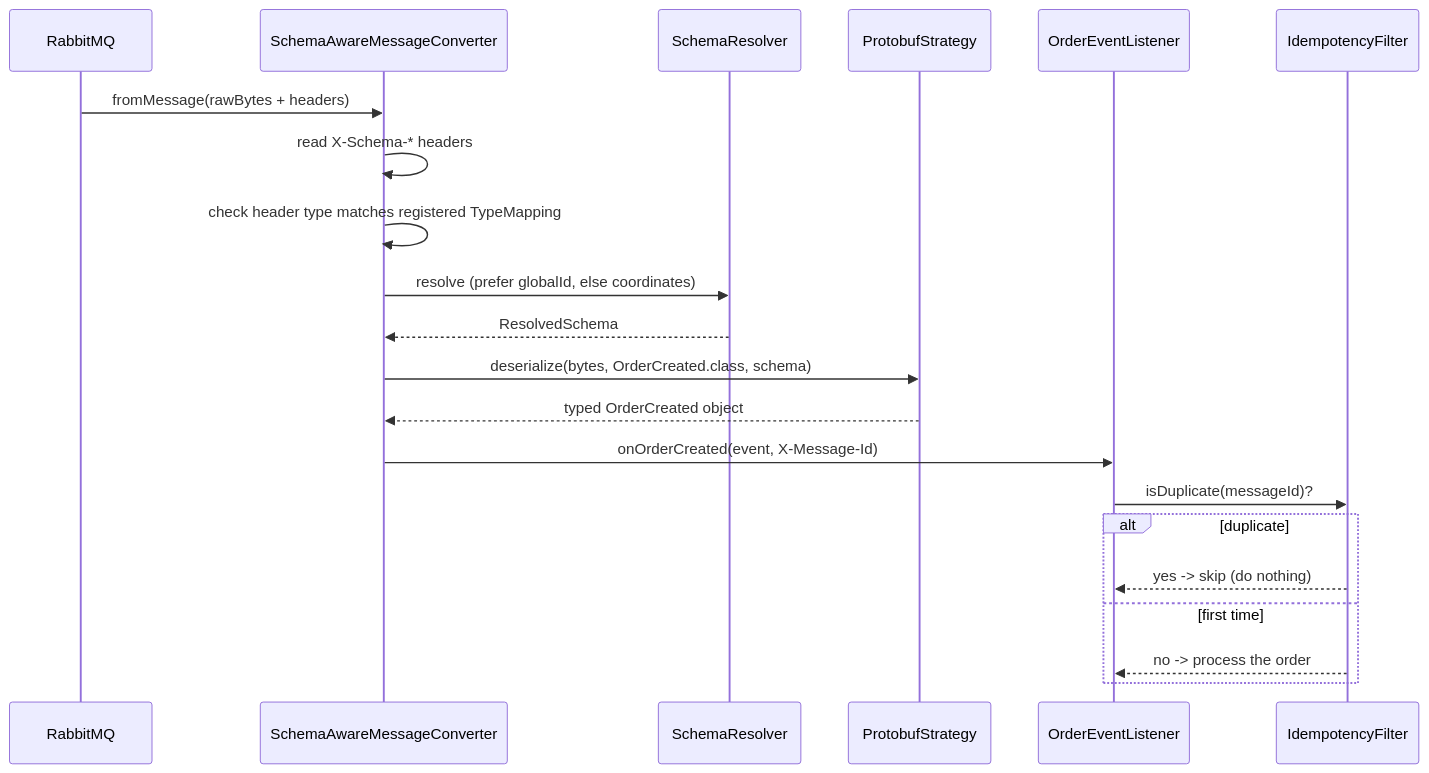
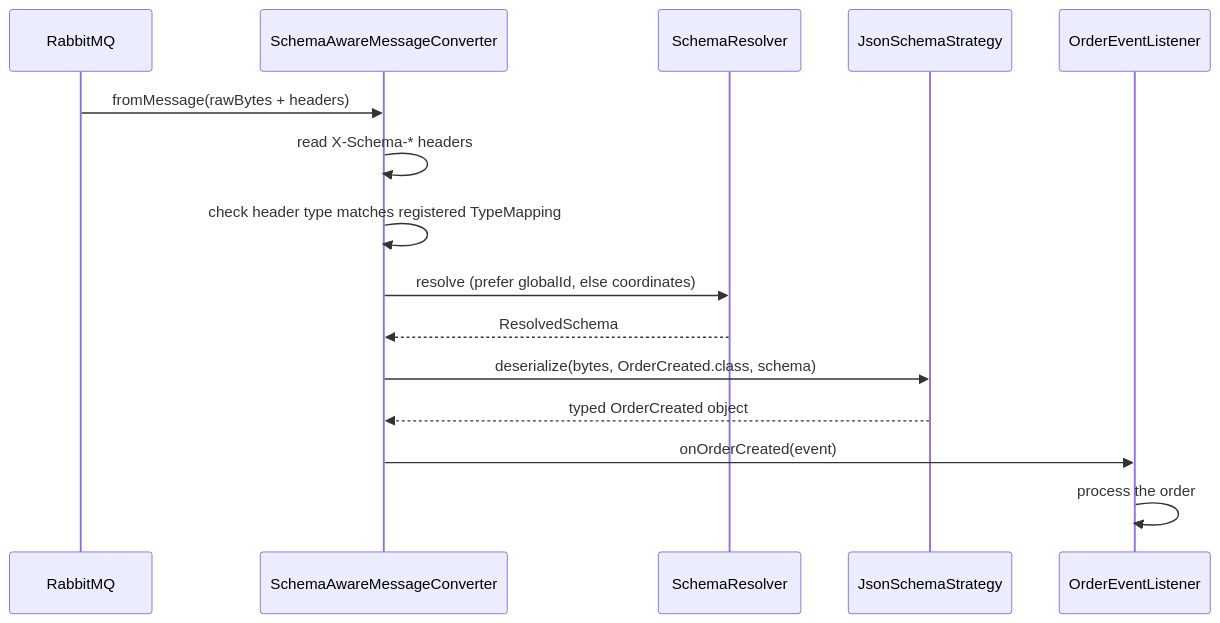
Before and after one commit to anarefin/schema-registry-demo: the fourth of 9 diagrams in docs/TECHNICAL-REPORT.md, drawn with Mermaid. The commit also changed other lines of this file and 29 other files, not shown here.

````diff
--- a/docs/TECHNICAL-REPORT.md
+++ b/docs/TECHNICAL-REPORT.md
@@ -249,24 +241,18 @@
 ```mermaid
 sequenceDiagram
     participant MQ as RabbitMQ
     participant Conv as SchemaAwareMessageConverter
     participant Res as SchemaResolver
-    participant Strat as ProtobufStrategy
+    participant Strat as JsonSchemaStrategy
     participant L as OrderEventListener
-    participant Idem as IdempotencyFilter
 
     MQ->>Conv: fromMessage(rawBytes + headers)
     Conv->>Conv: read X-Schema-* headers
     Conv->>Conv: check header type matches registered TypeMapping
     Conv->>Res: resolve (prefer globalId, else coordinates)
     Res-->>Conv: ResolvedSchema
     Conv->>Strat: deserialize(bytes, OrderCreated.class, schema)
     Strat-->>Conv: typed OrderCreated object
-    Conv->>L: onOrderCreated(event, X-Message-Id)
-    L->>Idem: isDuplicate(messageId)?
-    alt duplicate
-        Idem-->>L: yes -> skip (do nothing)
-    else first time
-        Idem-->>L: no -> process the order
-    end
+    Conv->>L: onOrderCreated(event)
+    L->>L: process the order
 ```
````
